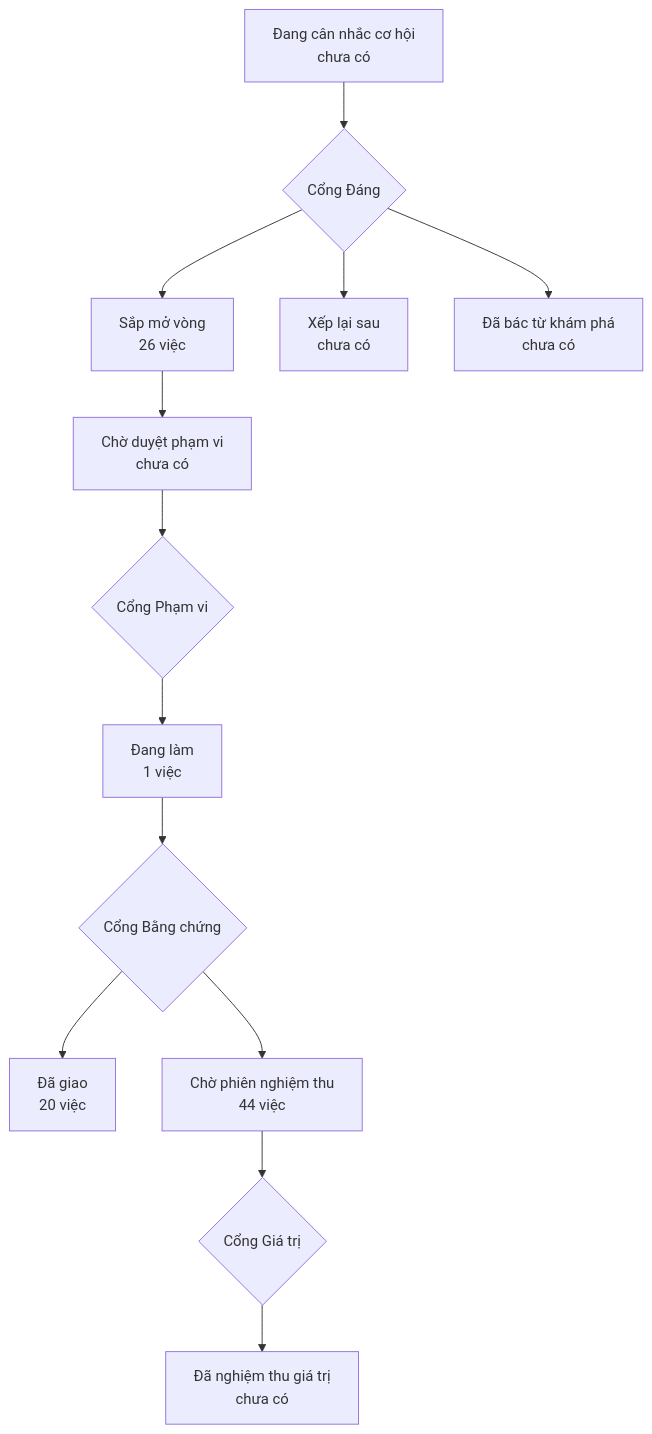
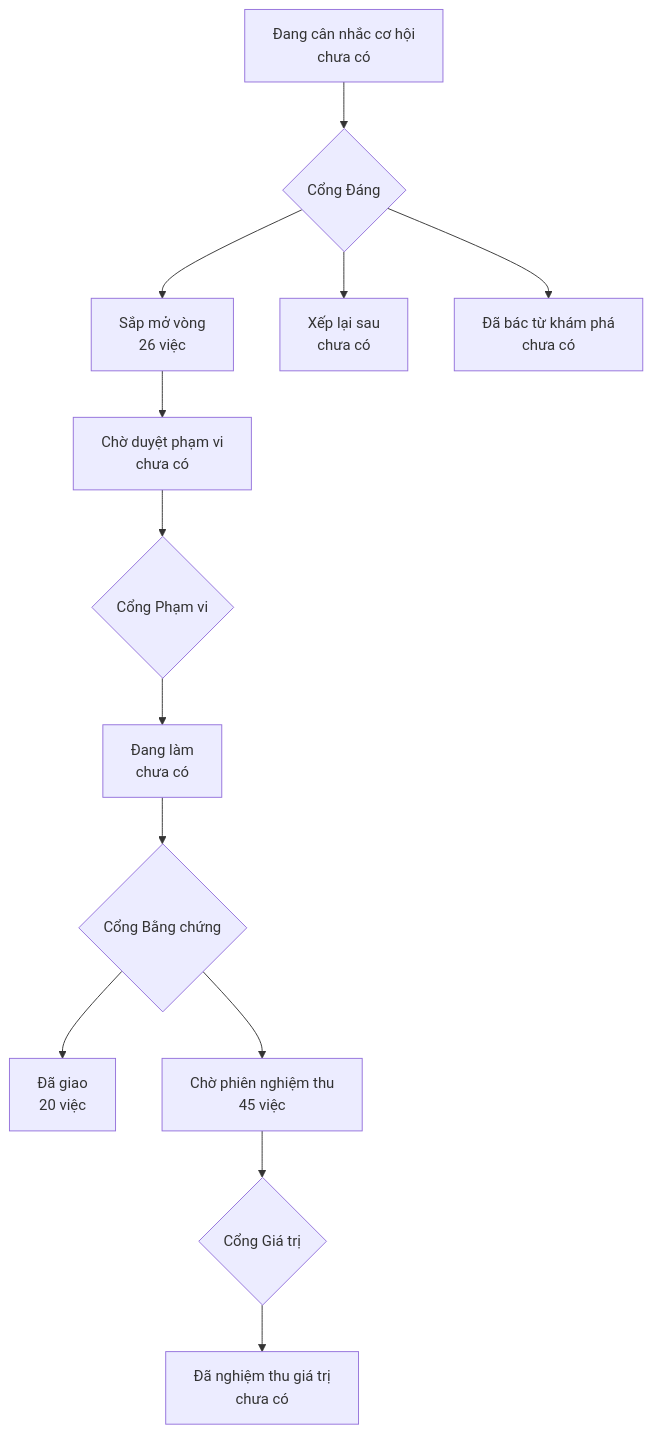
Before and after one commit to phanlemanh/onehub-quy-hang: the diagram in PRODUCT-MAP.md, drawn with Mermaid. The commit also changed other lines of this file and 4 other files, not shown here.

````diff
--- a/PRODUCT-MAP.md
+++ b/PRODUCT-MAP.md
@@ -7,12 +7,12 @@
 ```mermaid
 flowchart TD
   A["Đang cân nhắc cơ hội<br/>chưa có"] --> GD{"Cổng Đáng"}
   GD --> B["Sắp mở vòng<br/>26 việc"]
   GD --> XL["Xếp lại sau<br/>chưa có"]
   GD --> DB["Đã bác từ khám phá<br/>chưa có"]
   B --> CD["Chờ duyệt phạm vi<br/>chưa có"] --> GP{"Cổng Phạm vi"}
-  GP --> DL["Đang làm<br/>1 việc"] --> GB{"Cổng Bằng chứng"}
+  GP --> DL["Đang làm<br/>chưa có"] --> GB{"Cổng Bằng chứng"}
   GB --> DG["Đã giao<br/>20 việc"]
-  GB --> CN["Chờ phiên nghiệm thu<br/>44 việc"] --> GG{"Cổng Giá trị"}
+  GB --> CN["Chờ phiên nghiệm thu<br/>45 việc"] --> GG{"Cổng Giá trị"}
   GG --> NT["Đã nghiệm thu giá trị<br/>chưa có"]
 ```
````
